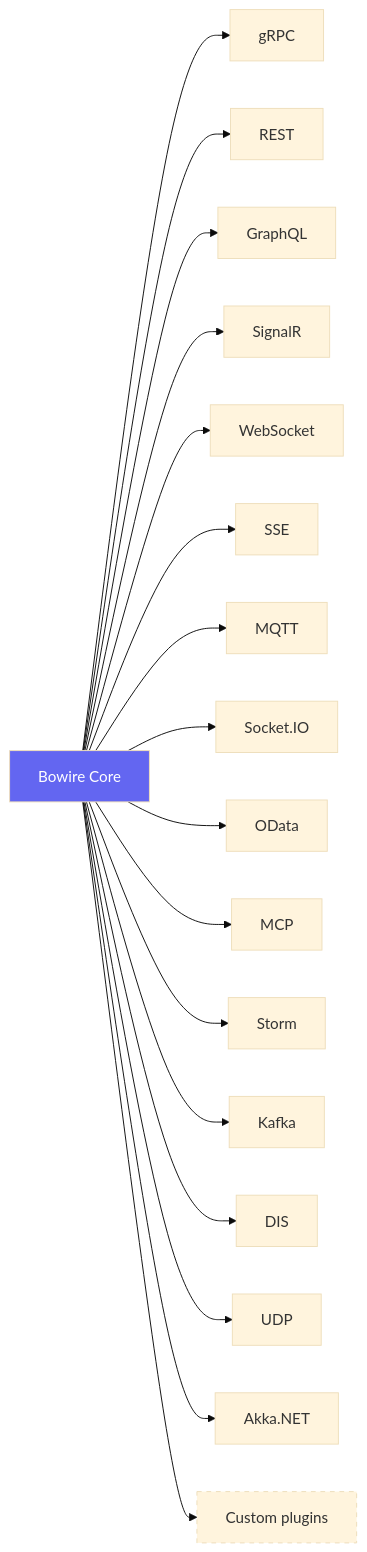
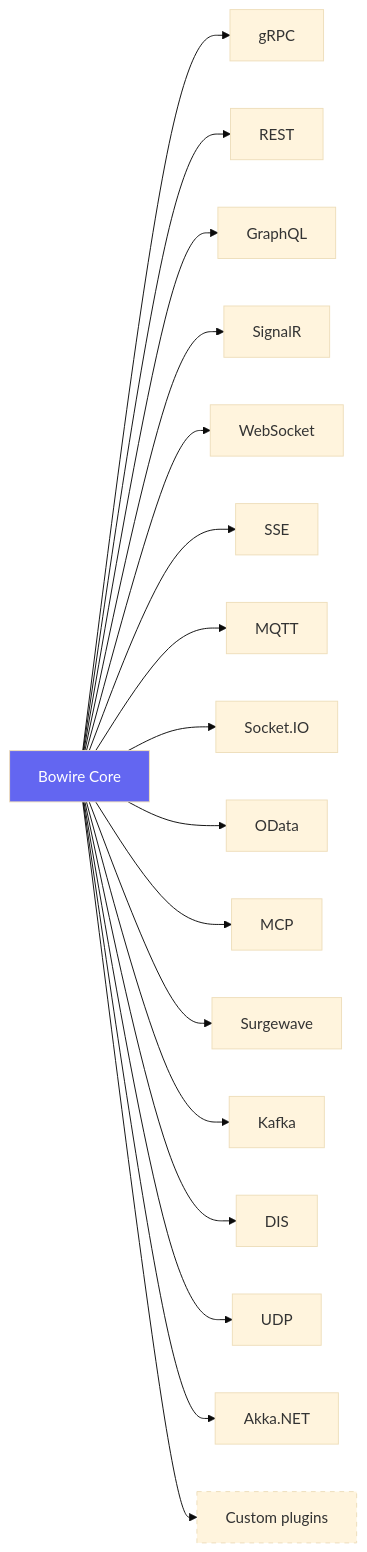
The diagram in docs/protocols/index.md (Kuestenlogik/Bowire), drawn with Mermaid (base theme) before and after one commit. The commit also changed other lines of this file and 13 other files, not shown here.

First line of the commit message:
rebrand the Storm plugin to Surgewave across docs, packaging, backend

````diff
--- a/docs/protocols/index.md
+++ b/docs/protocols/index.md
@@ -40,21 +40,21 @@
 ```mermaid
 graph LR
     A[Bowire Core] --> B[gRPC]
     A --> C[REST]
     A --> D[GraphQL]
     A --> E[SignalR]
     A --> F[WebSocket]
     A --> G[SSE]
     A --> H[MQTT]
     A --> I[Socket.IO]
     A --> J[OData]
     A --> K[MCP]
-    A --> M[Storm]
+    A --> M[Surgewave]
     A --> N[Kafka]
     A --> O[DIS]
     A --> P[UDP]
     A --> Q["Akka.NET"]
     A --> L[Custom plugins]
     style A fill:#6366f1,color:#fff
     style L stroke-dasharray: 5 5
 ```
````
